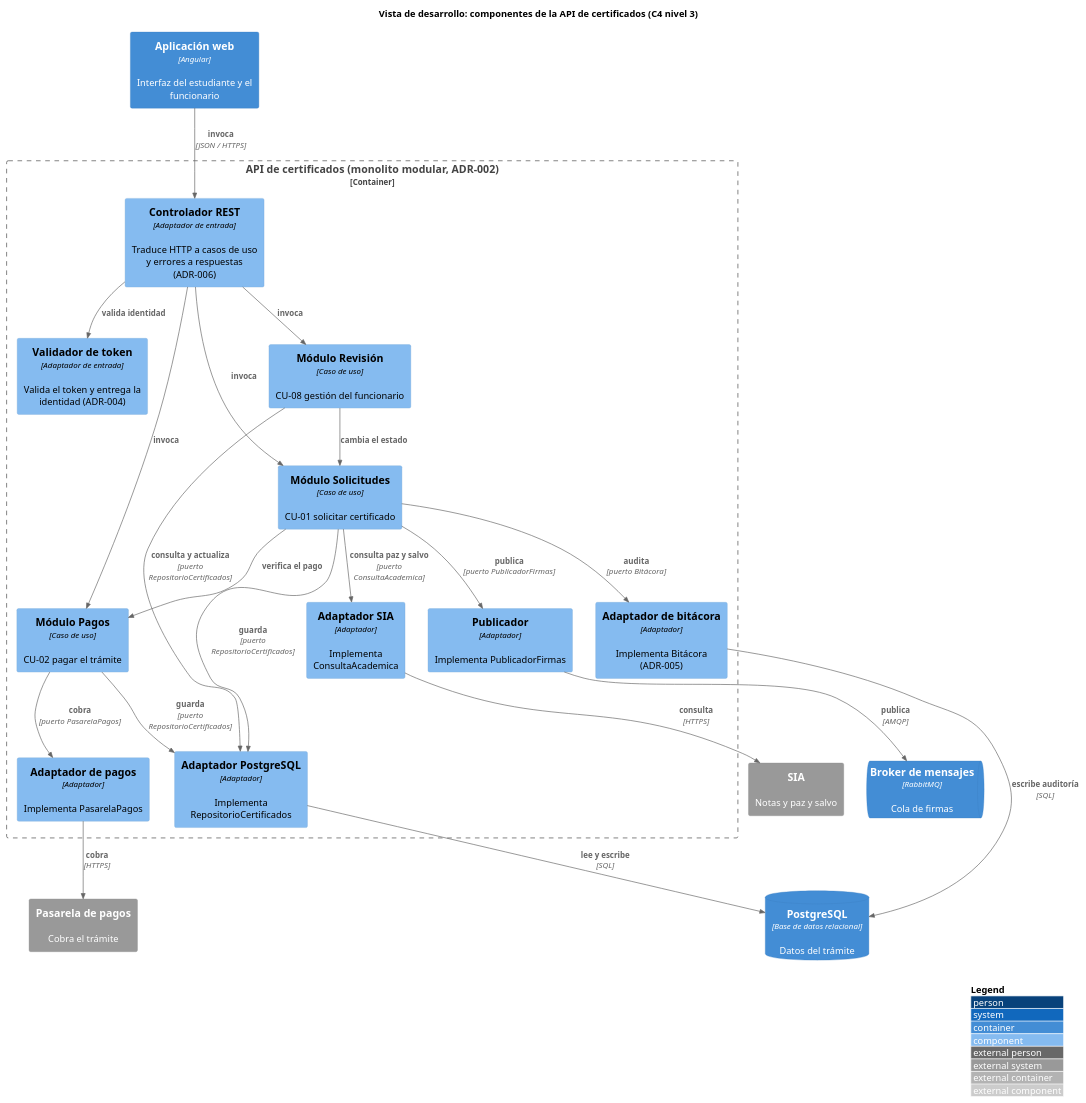
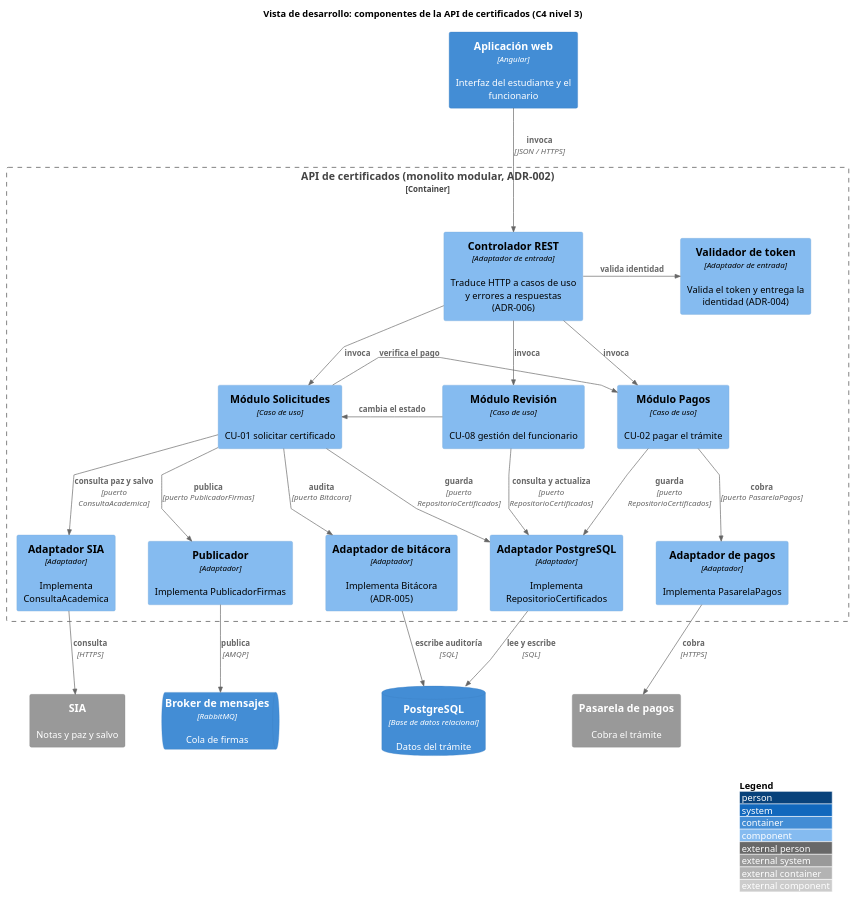
One commit to johnny9052/certificados changed the diagram in docs/diagramas/03-desarrollo.puml. Above: the diagram before and after it, drawn with PlantUML. The commit also changed 38 other files, not shown here.

```diff
--- a/docs/diagramas/03-desarrollo.puml
+++ b/docs/diagramas/03-desarrollo.puml
@@ -1,49 +1,60 @@
 @startuml desarrollo
 !include <C4/C4_Component>
 LAYOUT_WITH_LEGEND()
+skinparam linetype polyline
+skinparam nodesep 50
+skinparam ranksep 80
 title Vista de desarrollo: componentes de la API de certificados (C4 nivel 3)
 
 Container(web, "Aplicación web", "Angular", "Interfaz del estudiante y el funcionario")
 ContainerQueue(broker, "Broker de mensajes", "RabbitMQ", "Cola de firmas")
 ContainerDb(db, "PostgreSQL", "Base de datos relacional", "Datos del trámite")
 System_Ext(sia, "SIA", "Notas y paz y salvo")
 System_Ext(pagos, "Pasarela de pagos", "Cobra el trámite")
 
 Container_Boundary(api, "API de certificados (monolito modular, ADR-002)") {
+  Component(ctrl, "Controlador REST", "Adaptador de entrada", "Traduce HTTP a casos de uso y errores a respuestas (ADR-006)")
   Component(token, "Validador de token", "Adaptador de entrada", "Valida el token y entrega la identidad (ADR-004)")
-  Component(ctrl, "Controlador REST", "Adaptador de entrada", "Traduce HTTP a casos de uso y errores a respuestas (ADR-006)")
 
+  Component(rev, "Módulo Revisión", "Caso de uso", "CU-08 gestión del funcionario")
   Component(sol, "Módulo Solicitudes", "Caso de uso", "CU-01 solicitar certificado")
   Component(pag, "Módulo Pagos", "Caso de uso", "CU-02 pagar el trámite")
-  Component(rev, "Módulo Revisión", "Caso de uso", "CU-08 gestión del funcionario")
 
   Component(asia, "Adaptador SIA", "Adaptador", "Implementa ConsultaAcademica")
   Component(pub, "Publicador", "Adaptador", "Implementa PublicadorFirmas")
+  Component(abit, "Adaptador de bitácora", "Adaptador", "Implementa Bitácora (ADR-005)")
+  Component(apg, "Adaptador PostgreSQL", "Adaptador", "Implementa RepositorioCertificados")
   Component(apag, "Adaptador de pagos", "Adaptador", "Implementa PasarelaPagos")
-  Component(apg, "Adaptador PostgreSQL", "Adaptador", "Implementa RepositorioCertificados")
-  Component(abit, "Adaptador de bitácora", "Adaptador", "Implementa Bitácora (ADR-005)")
 }
 
-Rel(web, ctrl, "invoca", "JSON / HTTPS")
-Rel(ctrl, token, "valida identidad")
-Rel(ctrl, sol, "invoca")
-Rel(ctrl, pag, "invoca")
-Rel(ctrl, rev, "invoca")
+Lay_R(sia, broker)
+Lay_R(broker, db)
+Lay_R(db, pagos)
+Lay_R(asia, pub)
+Lay_R(pub, abit)
+Lay_R(abit, apg)
+Lay_R(apg, apag)
 
-Rel(sol, pag, "verifica el pago")
-Rel(rev, sol, "cambia el estado")
+Rel_D(web, ctrl, "invoca", "JSON / HTTPS")
+Rel_R(ctrl, token, "valida identidad")
+Rel_D(ctrl, rev, "invoca")
+Rel_D(ctrl, sol, "invoca")
+Rel_D(ctrl, pag, "invoca")
 
-Rel(sol, asia, "consulta paz y salvo", "puerto ConsultaAcademica")
-Rel(sol, pub, "publica", "puerto PublicadorFirmas")
-Rel(sol, apg, "guarda", "puerto RepositorioCertificados")
-Rel(pag, apag, "cobra", "puerto PasarelaPagos")
-Rel(pag, apg, "guarda", "puerto RepositorioCertificados")
-Rel(rev, apg, "consulta y actualiza", "puerto RepositorioCertificados")
-Rel(sol, abit, "audita", "puerto Bitácora")
+Rel_R(rev, sol, "cambia el estado")
+Rel_R(sol, pag, "verifica el pago")
 
-Rel(asia, sia, "consulta", "HTTPS")
-Rel(pub, broker, "publica", "AMQP")
-Rel(apag, pagos, "cobra", "HTTPS")
-Rel(apg, db, "lee y escribe", "SQL")
-Rel(abit, db, "escribe auditoría", "SQL")
+Rel_D(sol, asia, "consulta paz y salvo", "puerto ConsultaAcademica")
+Rel_D(sol, pub, "publica", "puerto PublicadorFirmas")
+Rel_D(sol, abit, "audita", "puerto Bitácora")
+Rel_D(sol, apg, "guarda", "puerto RepositorioCertificados")
+Rel_D(pag, apag, "cobra", "puerto PasarelaPagos")
+Rel_D(rev, apg, "consulta y actualiza", "puerto RepositorioCertificados")
+Rel_D(pag, apg, "guarda", "puerto RepositorioCertificados")
+
+Rel_D(asia, sia, "consulta", "HTTPS")
+Rel_D(pub, broker, "publica", "AMQP")
+Rel_D(abit, db, "escribe auditoría", "SQL")
+Rel_D(apg, db, "lee y escribe", "SQL")
+Rel_D(apag, pagos, "cobra", "HTTPS")
 @enduml
```
